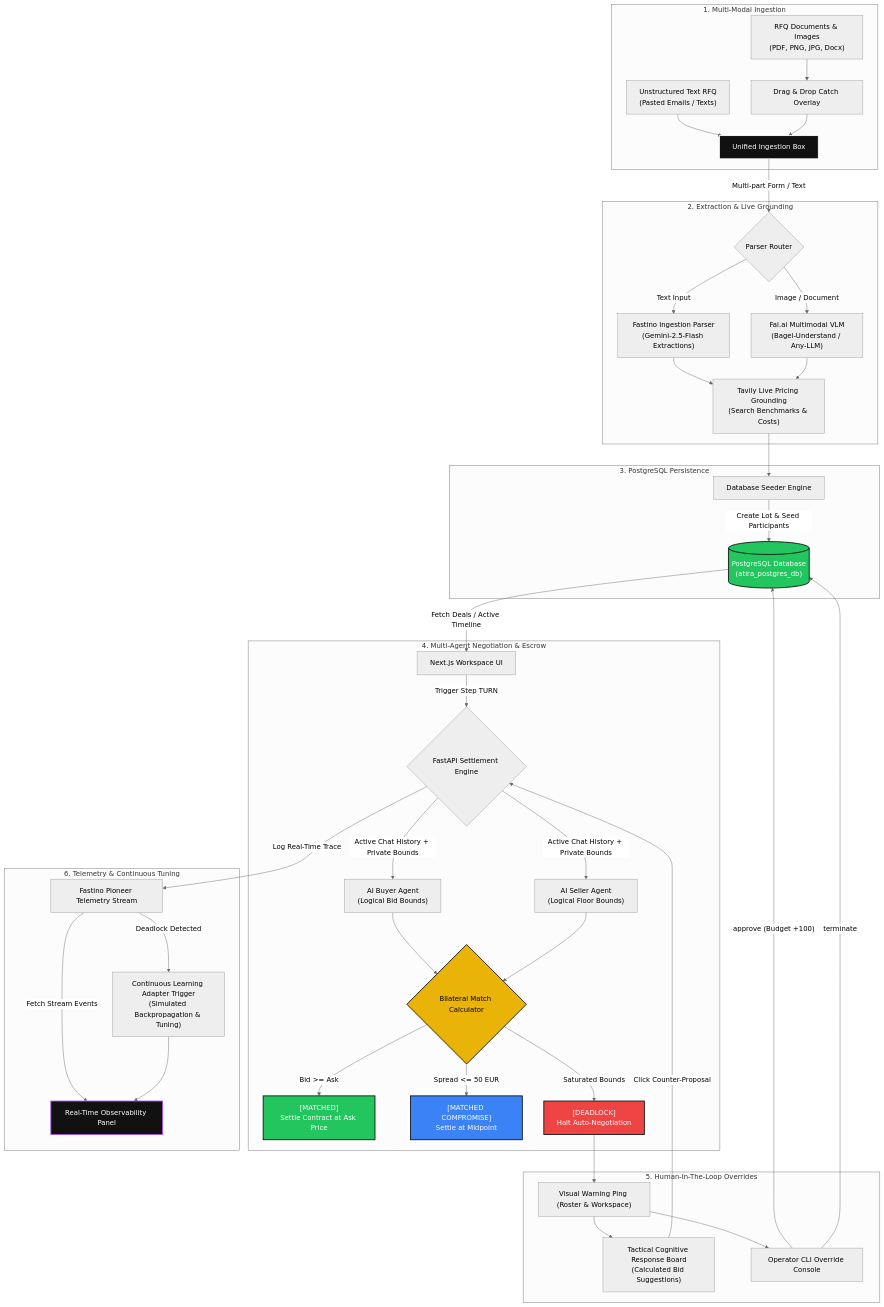
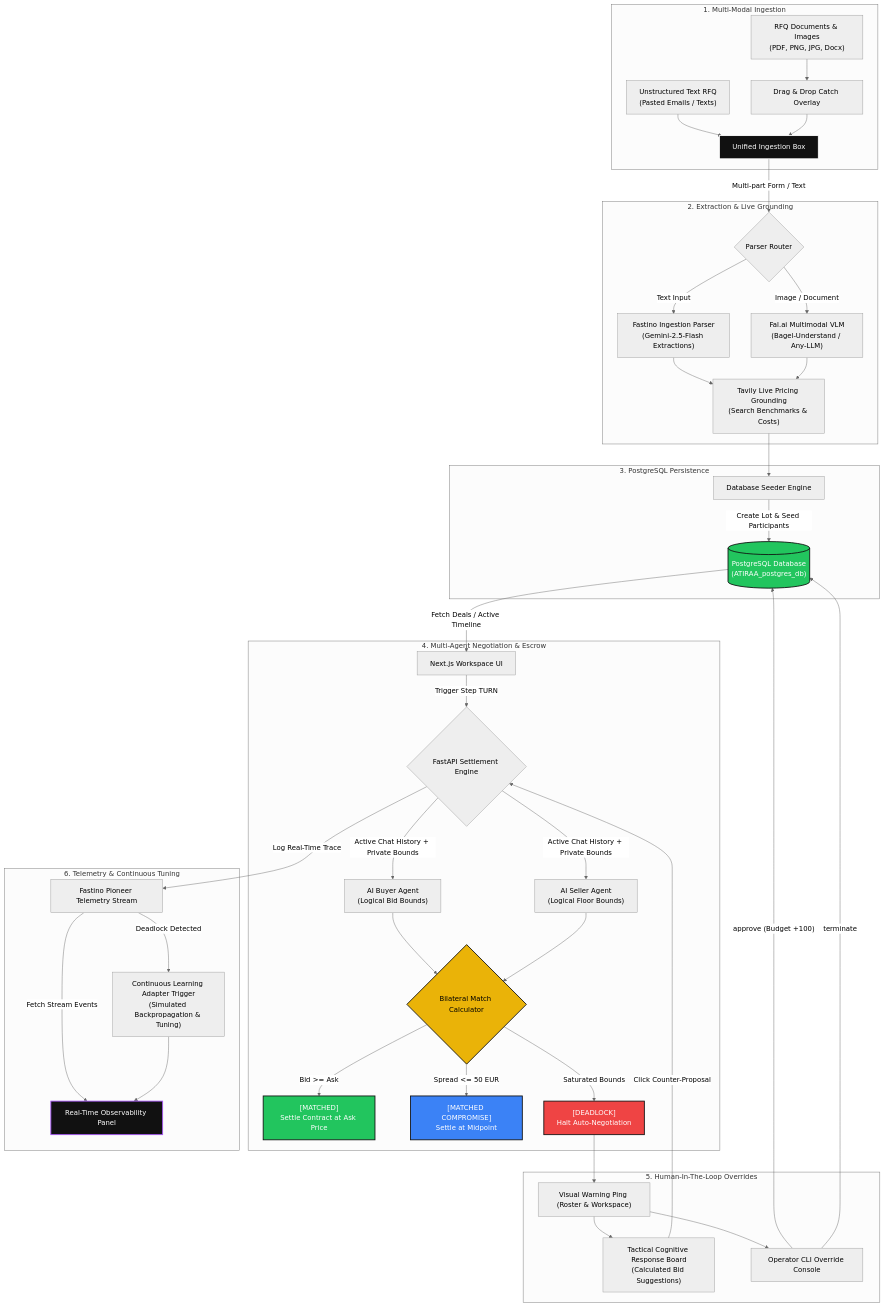
Before and after one commit to WahidSaeed/MunichAIHackathon: the diagram in README.md, drawn with Mermaid (neutral theme). The commit also changed other lines of this file, not shown here.

````diff
--- a/README.md
+++ b/README.md
@@ -13,67 +13,67 @@
 ```mermaid
 graph TD
     %% Ingestion Layer
     subgraph Ingestion ["1. Multi-Modal Ingestion"]
         RFQ_Text["Unstructured Text RFQ<br/>(Pasted Emails / Texts)"] --> Inbound["Unified Ingestion Box"]
         RFQ_File["RFQ Documents & Images<br/>(PDF, PNG, JPG, Docx)"] --> DragDrop["Drag & Drop Catch Overlay"]
         DragDrop --> Inbound
     end
 
     %% Parsing & Grounding Layer
     subgraph Parsing ["2. Extraction & Live Grounding"]
         Inbound --> |Multi-part Form / Text| Router{"Parser Router"}
         Router --> |Text Input| Fastino["Fastino Ingestion Parser<br/>(Gemini-2.5-Flash Extractions)"]
         Router --> |Image / Document| VLM["Fal.ai Multimodal VLM<br/>(Bagel-Understand / Any-LLM)"]
         
         Fastino --> Tavily["Tavily Live Pricing Grounding<br/>(Search Benchmarks & Costs)"]
         VLM --> Tavily
     end
 
     %% State Layer
     subgraph Storage ["3. PostgreSQL Persistence"]
         Tavily --> Seed["Database Seeder Engine"]
-        Seed --> |Create Lot & Seed Participants| PG[("PostgreSQL Database<br/>(atira_postgres_db)")]
+        Seed --> |Create Lot & Seed Participants| PG[("PostgreSQL Database<br/>(ATIRAA_postgres_db)")]
     end
 
     %% Core Settlement Layer
     subgraph Settlement ["4. Multi-Agent Negotiation & Escrow"]
         PG --> |Fetch Deals / Active Timeline| WS["Next.js Workspace UI"]
         WS --> |Trigger Step TURN| StepController{"FastAPI Settlement Engine"}
         StepController --> |Active Chat History + Private Bounds| AgentBuyer["AI Buyer Agent<br/>(Logical Bid Bounds)"]
         StepController --> |Active Chat History + Private Bounds| AgentSeller["AI Seller Agent<br/>(Logical Floor Bounds)"]
         
         AgentBuyer --> MatchCalc{"Bilateral Match Calculator"}
         AgentSeller --> MatchCalc
         
         MatchCalc --> |"Bid >= Ask"| Match["[MATCHED]<br/>Settle Contract at Ask Price"]
         MatchCalc --> |"Spread <= 50 EUR"| SoftComp["[MATCHED COMPROMISE]<br/>Settle at Midpoint"]
         MatchCalc --> |"Saturated Bounds"| Deadlock["[DEADLOCK]<br/>Halt Auto-Negotiation"]
     end
 
     %% Human-In-The-Loop Layer
     subgraph Intervention ["5. Human-In-The-Loop Overrides"]
         Deadlock --> Alert["Visual Warning Ping (Roster & Workspace)"]
         Alert --> RespBoard["Tactical Cognitive Response Board<br/>(Calculated Bid Suggestions)"]
         Alert --> CLI["Operator CLI Override Console"]
         
         RespBoard --> |"Click Counter-Proposal"| StepController
         CLI --> |"approve (Budget +100)"| PG
         CLI --> |"terminate"| PG
     end
 
     %% Observability Layer
     subgraph Observability ["6. Telemetry & Continuous Tuning"]
         StepController --> |Log Real-Time Trace| Pioneer["Fastino Pioneer Telemetry Stream"]
         Pioneer --> |Fetch Stream Events| ObsPanel["Real-Time Observability Panel"]
         Pioneer --> |Deadlock Detected| LoRA["Continuous Learning Adapter Trigger<br/>(Simulated Backpropagation & Tuning)"]
         LoRA --> ObsPanel
     end
 
     style Inbound fill:#111111,stroke:#ffffff,stroke-width:2px,color:#ffffff
     style PG fill:#22c55e,stroke:#111111,stroke-width:2px,color:#ffffff
     style MatchCalc fill:#eab308,stroke:#111111,stroke-width:2px,color:#000000
     style Match fill:#22c55e,stroke:#111111,stroke-width:2px,color:#ffffff
     style SoftComp fill:#3b82f6,stroke:#111111,stroke-width:2px,color:#ffffff
     style Deadlock fill:#ef4444,stroke:#111111,stroke-width:2px,color:#ffffff
     style ObsPanel fill:#111111,stroke:#a855f7,stroke-width:2px,color:#ffffff
 ```
````
